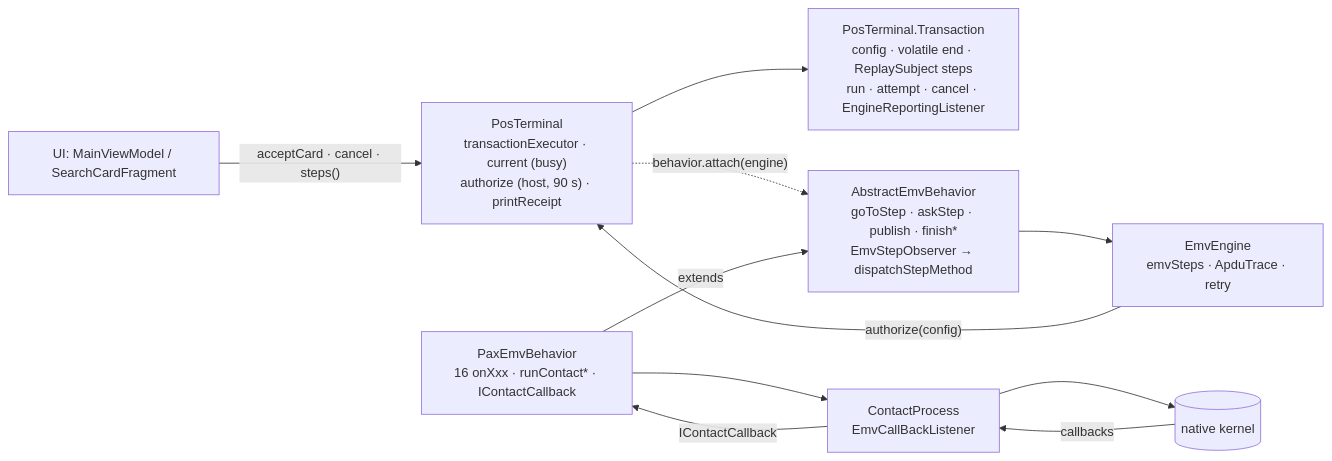
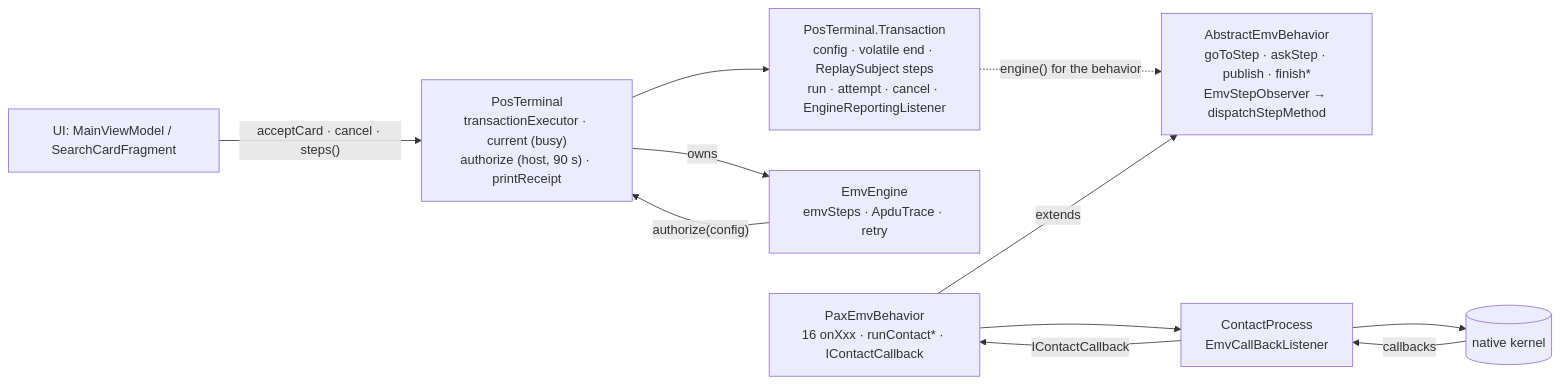
One commit to berothomas33/esaylinkrefactor changed the first of 8 diagrams in doc/REFERENCE.md. Above: the diagram before and after it, drawn with Mermaid. The commit also changed other lines of this file and 2 other files, not shown here.

First line of the commit message:
docs: the engine is PosTerminal's (be8836f) — REFERENCE, VENDOR, decision log

````diff
--- a/doc/REFERENCE.md
+++ b/doc/REFERENCE.md
@@ -63,17 +63,18 @@
 ```mermaid
 flowchart LR
   UI["UI: MainViewModel / SearchCardFragment"]
   PT["PosTerminal<br/>transactionExecutor · current (busy)<br/>authorize (host, 90 s) · printReceipt"]
   TX["PosTerminal.Transaction<br/>config · volatile end · ReplaySubject steps<br/>run · attempt · cancel · EngineReportingListener"]
   EN["EmvEngine<br/>emvSteps · ApduTrace · retry"]
   AB["AbstractEmvBehavior<br/>goToStep · askStep · publish · finish*<br/>EmvStepObserver → dispatchStepMethod"]
   PB["PaxEmvBehavior<br/>16 onXxx · runContact* · IContactCallback"]
   CP["ContactProcess<br/>EmvCallBackListener"]
   NK[("native kernel")]
   UI -- "acceptCard · cancel · steps()" --> PT --> TX
-  PT -. "behavior.attach(engine)" .-> AB --> EN
+  PT -- "owns" --> EN
+  TX -. "engine() for the behavior" .-> AB
   PB -- extends --> AB
   PB --> CP --> NK
   NK -- callbacks --> CP -- IContactCallback --> PB
   EN -- "authorize(config)" --> PT
 ```
````
